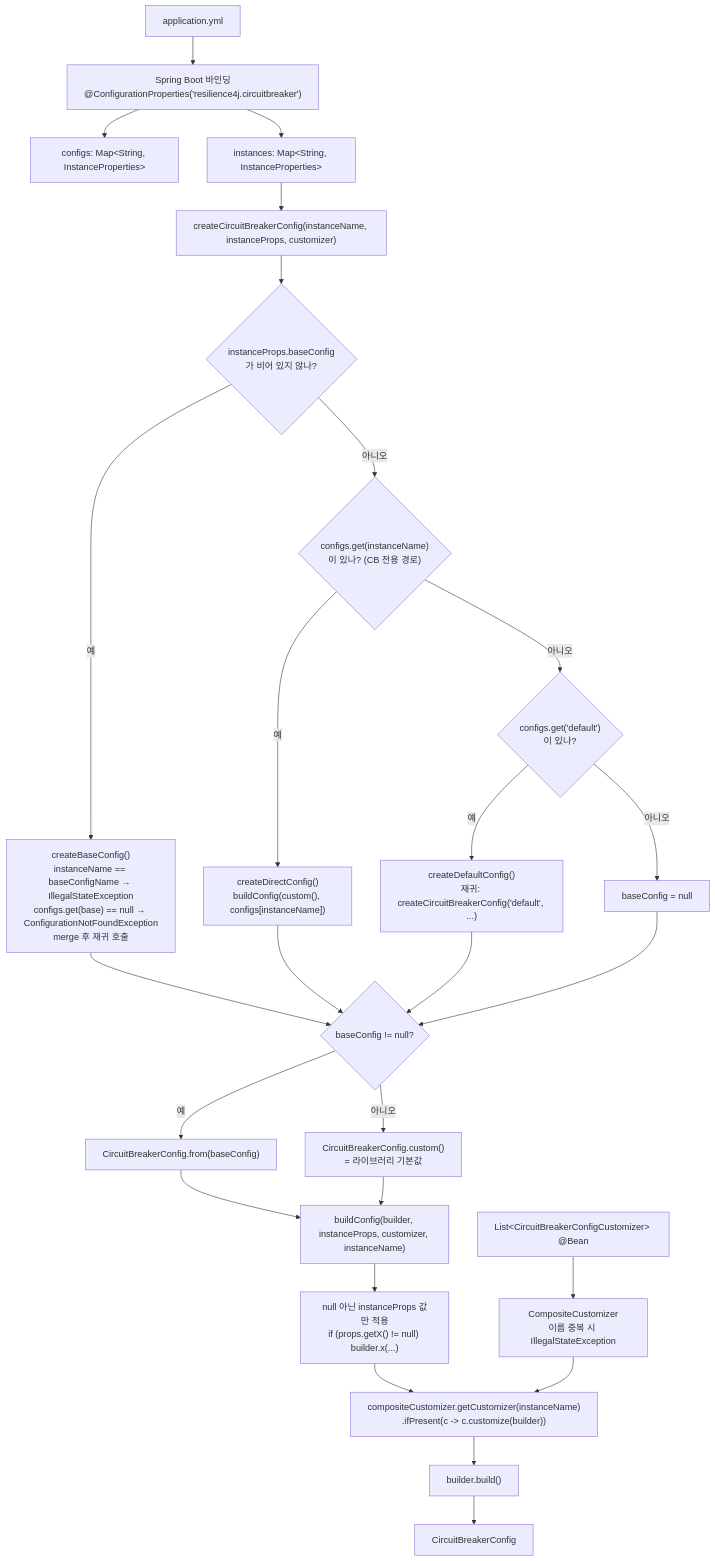
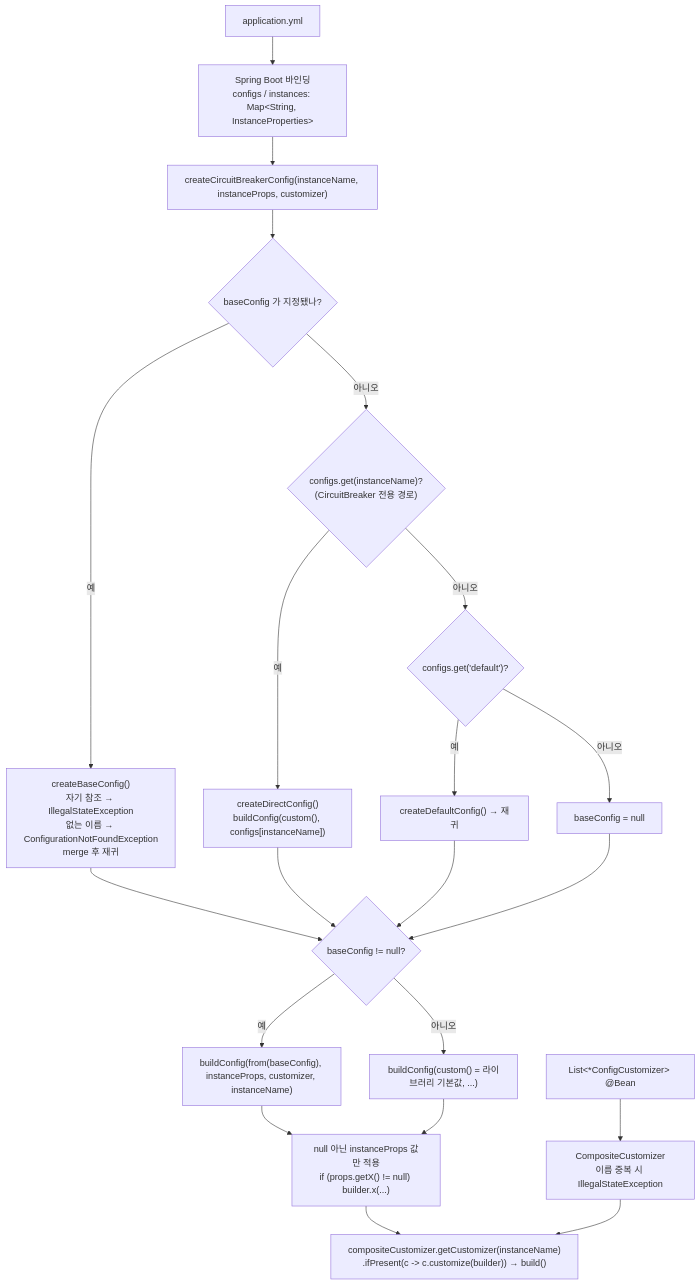
One commit to ktae23/TIL changed the diagram in resilience4j/advanced/04-config-hierarchy.md. Above: the diagram before and after it, drawn with Mermaid. The commit also changed other lines of this file and 1 other file, not shown here.

First line of the commit message:
Resilience4j advanced/04, main/08 분량 압축

````diff
--- a/resilience4j/advanced/04-config-hierarchy.md
+++ b/resilience4j/advanced/04-config-hierarchy.md
@@ -62,33 +51,23 @@
 ```mermaid
 flowchart TD
-    Y["application.yml"] --> B["Spring Boot 바인딩<br/>@ConfigurationProperties('resilience4j.circuitbreaker')"]
-    B --> M1["configs: Map&lt;String, InstanceProperties&gt;"]
-    B --> M2["instances: Map&lt;String, InstanceProperties&gt;"]
-
-    M2 --> E["createCircuitBreakerConfig(instanceName, instanceProps, customizer)"]
-
-    E --> D1{"instanceProps.baseConfig<br/>가 비어 있지 않나?"}
-    D1 -->|"예"| CB1["createBaseConfig()<br/>instanceName == baseConfigName → IllegalStateException<br/>configs.get(base) == null → ConfigurationNotFoundException<br/>merge 후 재귀 호출"]
-    D1 -->|"아니오"| D2{"configs.get(instanceName)<br/>이 있나? (CB 전용 경로)"}
+    Y["application.yml"] --> B["Spring Boot 바인딩<br/>configs / instances: Map&lt;String, InstanceProperties&gt;"]
+    B --> E["createCircuitBreakerConfig(instanceName, instanceProps, customizer)"]
+    E --> D1{"baseConfig 가 지정됐나?"}
+    D1 -->|"예"| CB1["createBaseConfig()<br/>자기 참조 → IllegalStateException<br/>없는 이름 → ConfigurationNotFoundException<br/>merge 후 재귀"]
+    D1 -->|"아니오"| D2{"configs.get(instanceName)?<br/>(CircuitBreaker 전용 경로)"}
     D2 -->|"예"| CB2["createDirectConfig()<br/>buildConfig(custom(), configs[instanceName])"]
-    D2 -->|"아니오"| D3{"configs.get('default')<br/>이 있나?"}
-    D3 -->|"예"| CB3["createDefaultConfig()<br/>재귀: createCircuitBreakerConfig('default', ...)"]
+    D2 -->|"아니오"| D3{"configs.get('default')?"}
+    D3 -->|"예"| CB3["createDefaultConfig() → 재귀"]
     D3 -->|"아니오"| CB4["baseConfig = null"]
-
     CB1 --> SD{"baseConfig != null?"}
     CB2 --> SD
     CB3 --> SD
     CB4 --> SD
-    SD -->|"예"| SE["CircuitBreakerConfig.from(baseConfig)"]
-    SD -->|"아니오"| SF["CircuitBreakerConfig.custom()<br/>= 라이브러리 기본값"]
-
-    SE --> BC["buildConfig(builder, instanceProps, customizer, instanceName)"]
-    SF --> BC
+    SD -->|"예"| BC["buildConfig(from(baseConfig), instanceProps, customizer, instanceName)"]
+    SD -->|"아니오"| BC2b["buildConfig(custom() = 라이브러리 기본값, ...)"]
     BC --> BC1["null 아닌 instanceProps 값만 적용<br/>if (props.getX() != null) builder.x(...)"]
-    BC1 --> BC2["compositeCustomizer.getCustomizer(instanceName)<br/>.ifPresent(c -> c.customize(builder))"]
-    BC2 --> BC3["builder.build()"]
-    BC3 --> OUT["CircuitBreakerConfig"]
-
-    CUS["List&lt;CircuitBreakerConfigCustomizer&gt; @Bean"] --> CC["CompositeCustomizer<br/>이름 중복 시 IllegalStateException"]
+    BC2b --> BC1
+    BC1 --> BC2["compositeCustomizer.getCustomizer(instanceName)<br/>.ifPresent(c -> c.customize(builder)) → build()"]
+    CUS["List&lt;*ConfigCustomizer&gt; @Bean"] --> CC["CompositeCustomizer<br/>이름 중복 시 IllegalStateException"]
     CC --> BC2
 ```
````
